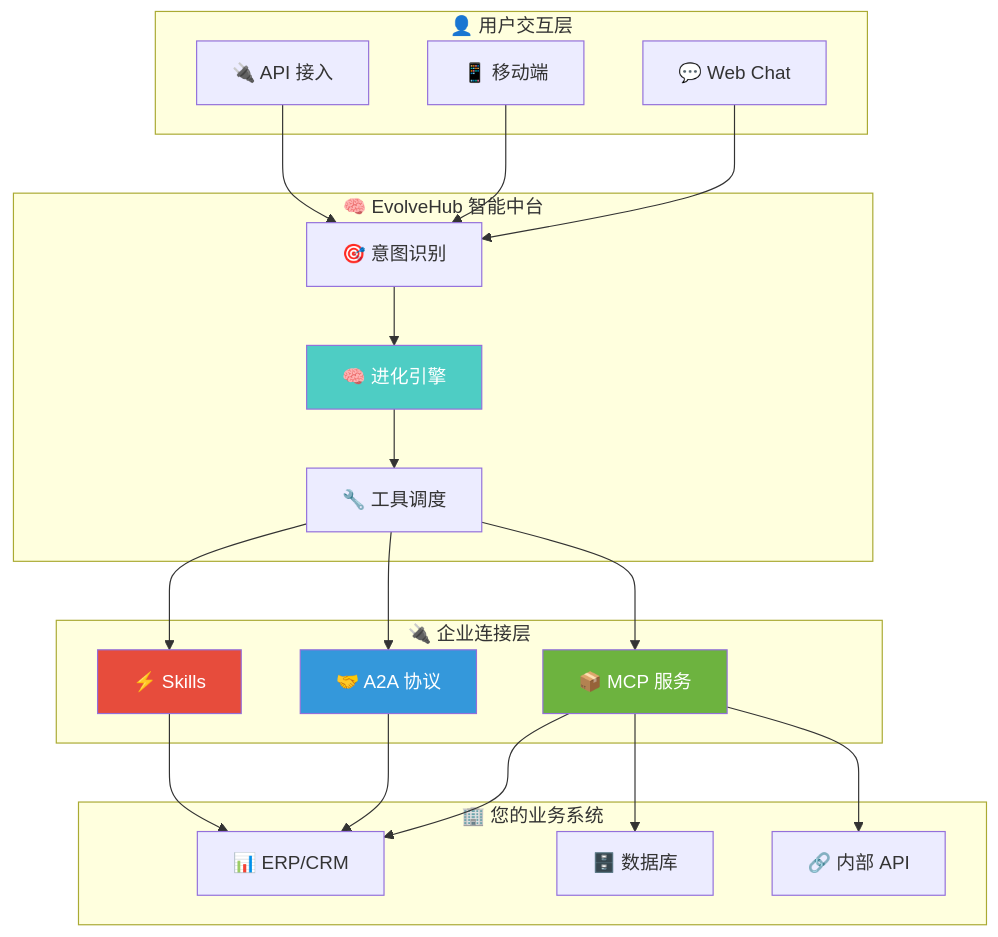
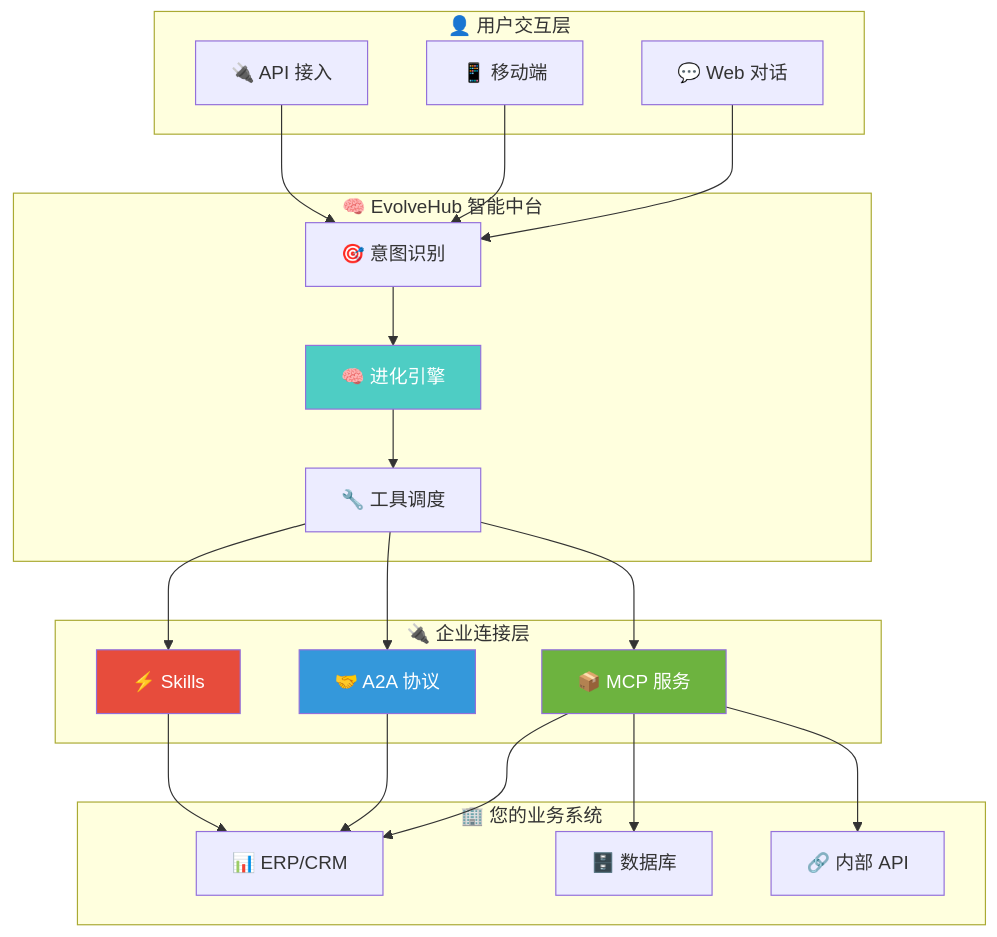
The diagram in README_zh.md (devnomad-byte/EvolveHub), drawn with Mermaid before and after one commit. The commit also changed other lines of this file and 14 other files, not shown here.

````diff
--- a/README_zh.md
+++ b/README_zh.md
@@ -125,45 +195,45 @@
 ```mermaid
 graph TB
     subgraph "👤 用户交互层"
-        A[💬 Web Chat]
+        A[💬 Web 对话]
         B[📱 移动端]
         C[🔌 API 接入]
     end
 
     subgraph "🧠 EvolveHub 智能中台"
         D[🎯 意图识别]
         E[🧠 进化引擎]
         F[🔧 工具调度]
     end
 
     subgraph "🔌 企业连接层"
         G[📦 MCP 服务]
         H[🤝 A2A 协议]
         I[⚡ Skills]
     end
 
     subgraph "🏢 您的业务系统"
         J[📊 ERP/CRM]
         K[🗄️ 数据库]
         L[🔗 内部 API]
     end
 
     A --> D
     B --> D
     C --> D
     D --> E
     E --> F
     F --> G
     F --> H
     F --> I
     G --> J
     H --> J
     I --> J
     G --> K
     G --> L
 
     style E fill:#4ECDC4,color:#fff
     style G fill:#6DB33F,color:#fff
     style H fill:#3498DB,color:#fff
     style I fill:#E74C3C,color:#fff
 ```
````
